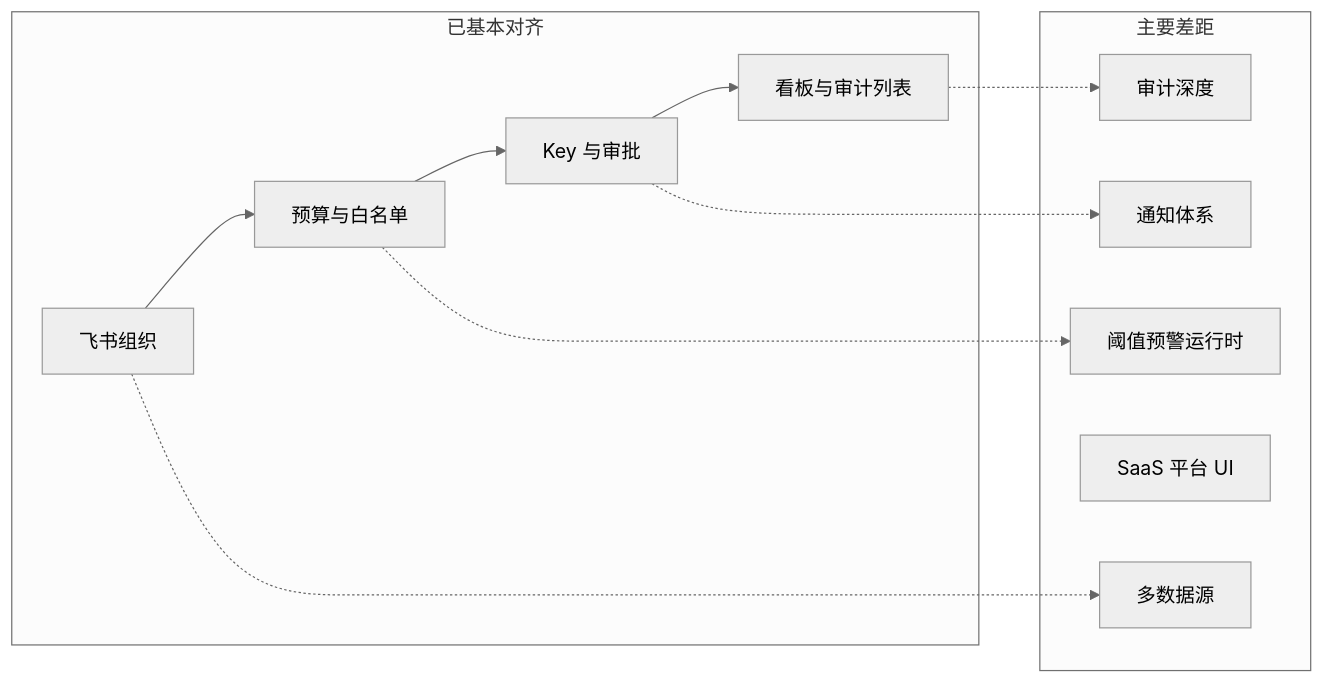
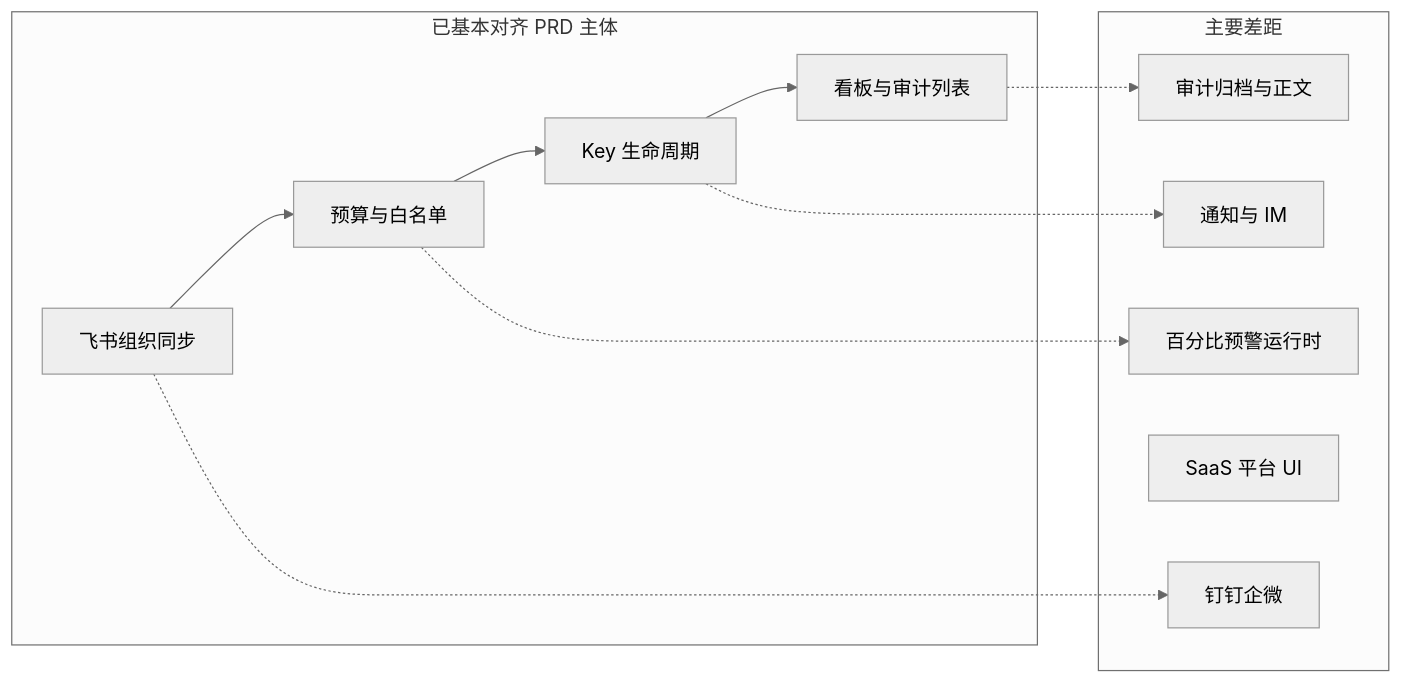
The diagram in docs/PRD-差距分析.md (quyip8818/mytokenjoy), drawn with Mermaid (neutral theme) before and after one commit. The commit also changed other lines of this file and 13 other files, not shown here.

First line of the commit message:
docs: align architecture docs with current codebase

````diff
--- a/docs/PRD-差距分析.md
+++ b/docs/PRD-差距分析.md
@@ -21,21 +35,21 @@
 ```mermaid
 flowchart LR
-  subgraph done [已基本对齐]
-    P1F[飞书组织]
-    P2B[预算与白名单]
-    P3K[Key 与审批]
-    P4D[看板与审计列表]
+  subgraph aligned [已基本对齐 PRD 主体]
+    P1[飞书组织同步]
+    P2[预算与白名单]
+    P3[Key 生命周期]
+    P4[看板与审计列表]
   end
-  subgraph gap [主要差距]
-    G1[多数据源]
-    G2[通知体系]
-    G3[阈值预警运行时]
-    G4[SaaS 平台 UI]
-    G5[审计深度]
+  subgraph gaps [主要差距]
+    N1[通知与 IM]
+    N2[百分比预警运行时]
+    N3[钉钉企微]
+    N4[SaaS 平台 UI]
+    N5[审计归档与正文]
   end
-  P1F --> P2B --> P3K --> P4D
-  P2B -.-> G3
-  P3K -.-> G2
-  P1F -.-> G1
-  P4D -.-> G5
+  P1 --> P2 --> P3 --> P4
+  P2 -.-> N2
+  P3 -.-> N1
+  P1 -.-> N3
+  P4 -.-> N5
 ```
````
